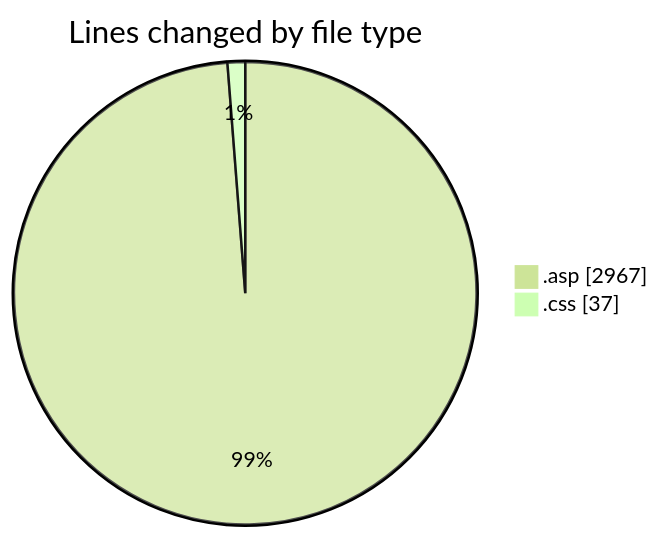
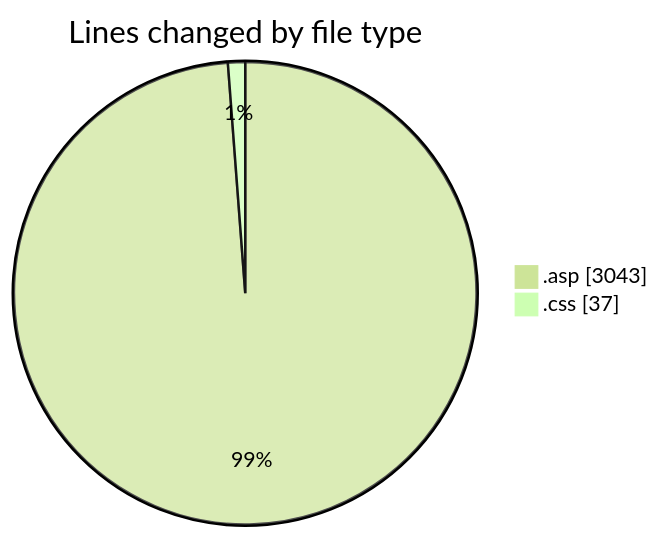
One commit to julien-gomy/code-tracking changed the first of 2 diagrams in 2025-11-02/cdp_aleoudev_fr__workspace_/README.md. Above: the diagram before and after it, drawn with Mermaid (forest theme). The commit also changed other lines of this file and 1 other file, not shown here.

````diff
--- a/2025-11-02/cdp_aleoudev_fr__workspace_/README.md
+++ b/2025-11-02/cdp_aleoudev_fr__workspace_/README.md
@@ -23,6 +23,6 @@
 ```mermaid
 pie showData
 title Lines changed by file type
-".asp" : 2967
+".asp" : 3043
 ".css" : 37
 ```
````
